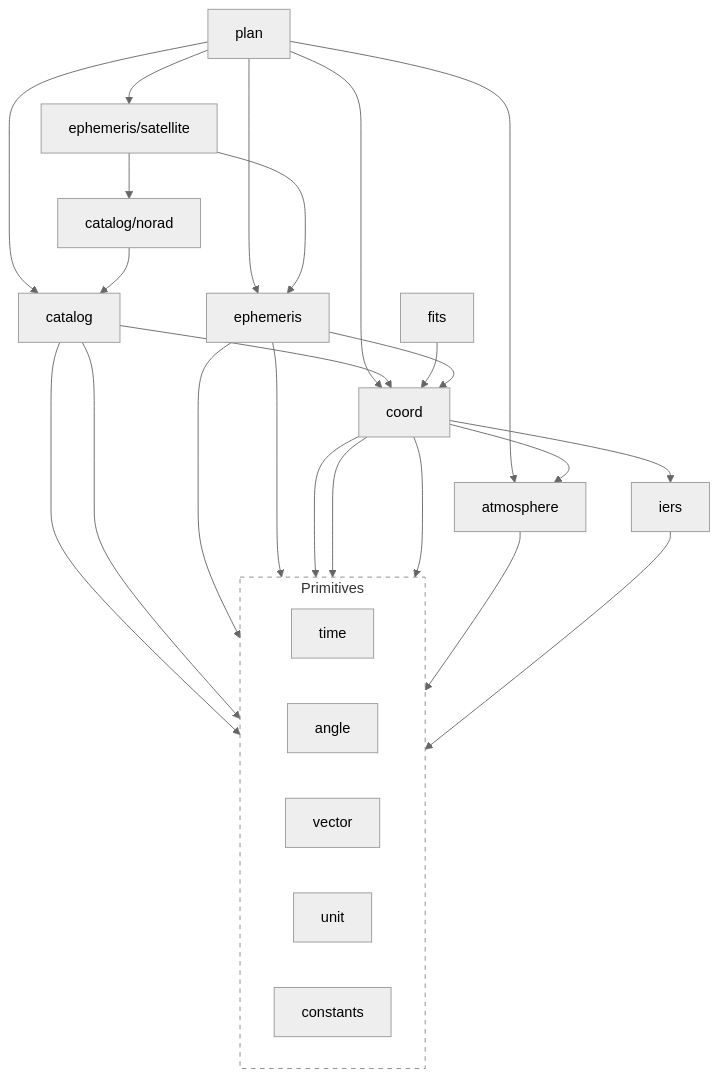
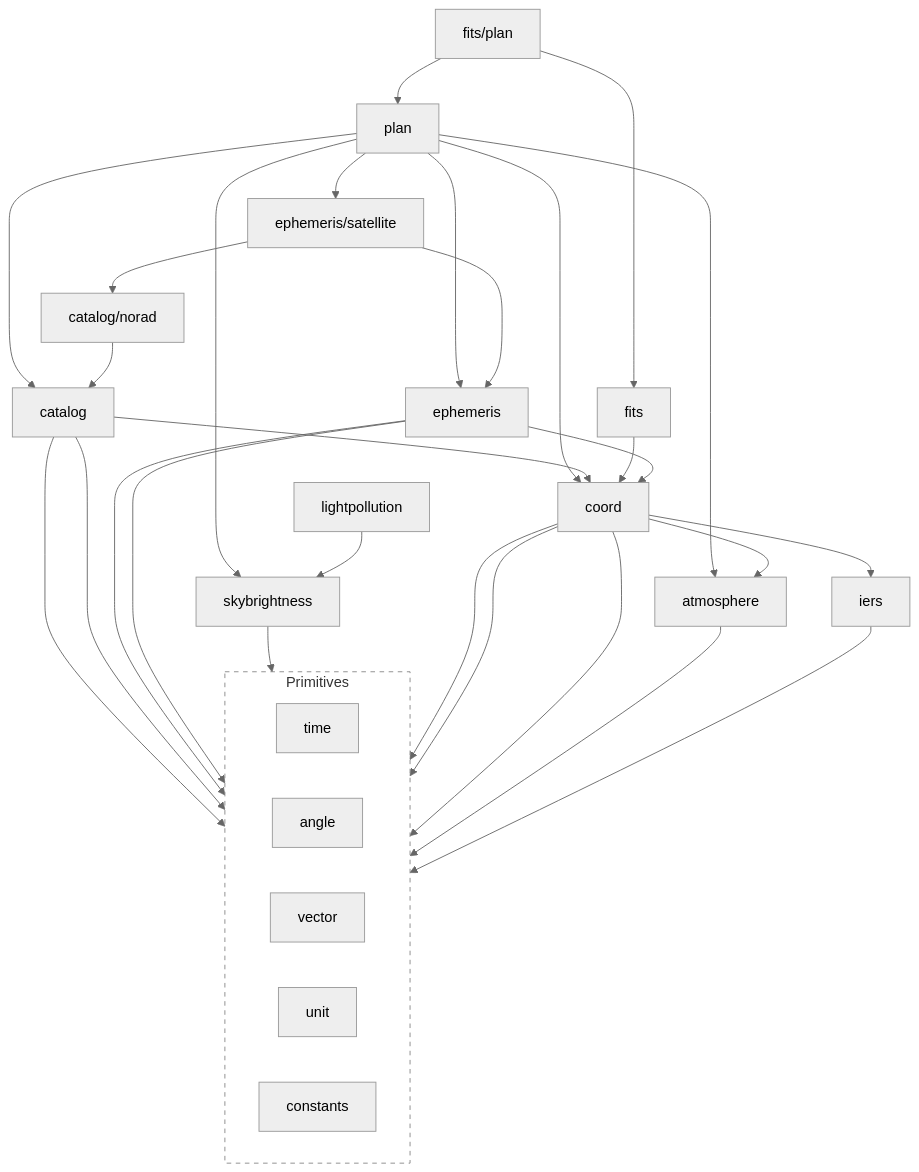
Before and after one commit to TuSKan/astrogo: the diagram in README.md, drawn with Mermaid (neutral theme). The commit also changed other lines of this file and 57 other files, not shown here.

````diff
--- a/README.md
+++ b/README.md
@@ -397,57 +525,67 @@
 ```mermaid
 flowchart TD
     %% High-level Orchestration
     plan[plan]
     catalog[catalog]
+    fitsplan["fits/plan"]
 
     %% Scientific Engines
     ephemeris[ephemeris]
     coord[coord]
     atmosphere[atmosphere]
     fits[fits]
-    
+    skybrightness[skybrightness]
+
     %% Data Providers
     iers[iers]
+    lightpollution[lightpollution]
 
     %% Primitive Foundation
     subgraph Primitives
         direction LR
         time[time]
         angle[angle]
         vector[vector]
         unit[unit]
         constants[constants]
     end
 
     %% Dependency mappings (Top-Down: A imports B)
     plan --> coord
     plan --> ephemeris
     plan --> catalog
     plan --> atmosphere
-    
+    plan --> skybrightness
+
+    fitsplan --> fits
+    fitsplan --> plan
+
     catalog --> coord
     catalog --> time
     catalog --> angle
-    
+
     fits --> coord
-    
+
     ephemeris --> time
     ephemeris --> vector
     ephemeris --> coord
     satellite["ephemeris/satellite"] --> ephemeris
     satellite --> norad
     norad["catalog/norad"] --> catalog
     plan --> satellite
-    
+
+    skybrightness --> angle
+    lightpollution --> skybrightness
+
     coord --> iers
     coord --> atmosphere
     coord --> time
     coord --> vector
     coord --> angle
-    
+
     atmosphere --> angle
 
     iers --> time
 
     style Primitives fill:transparent,stroke:#888,stroke-dasharray: 5 5
 ```
````
